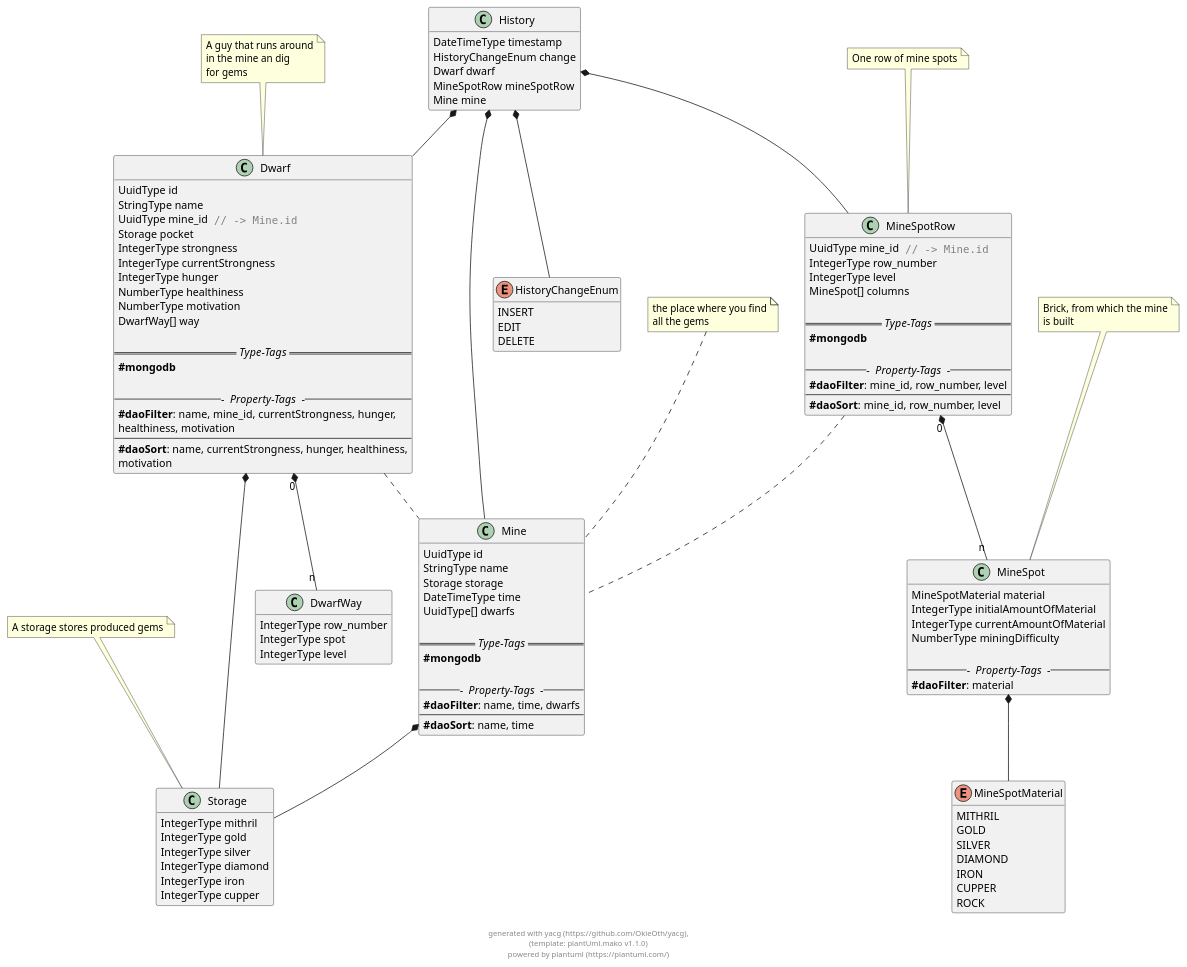
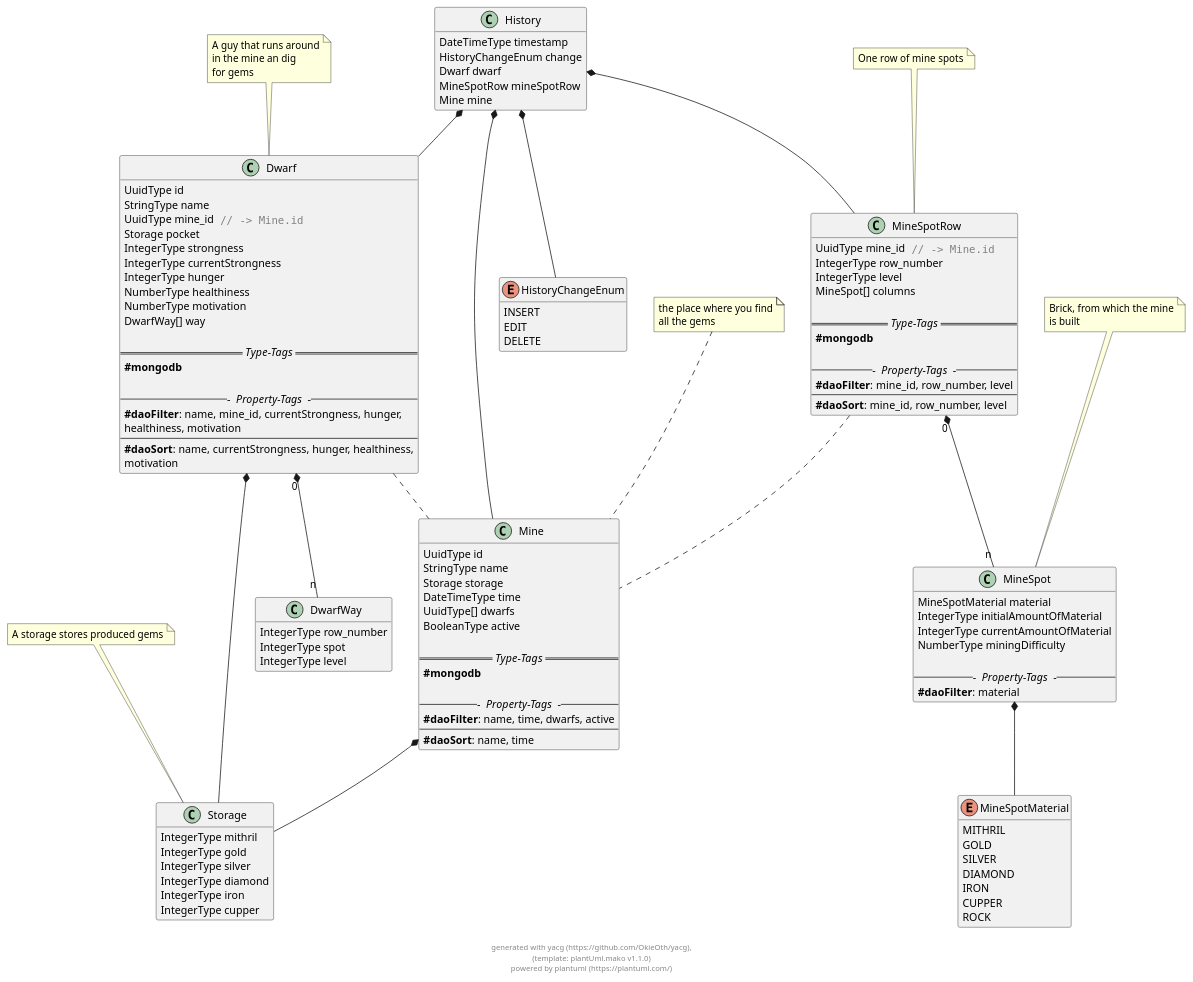
Before and after one commit to OkieOth/nibelheim_ts: the diagram in docs/generated/nibelheim.puml, drawn with PlantUML. The commit also changed 23 other files, not shown here.

```diff
--- a/docs/generated/nibelheim.puml
+++ b/docs/generated/nibelheim.puml
@@ -2,195 +2,197 @@
 @startuml
 hide empty methods
 
 class Mine {
         UuidType id
         StringType name
         Storage storage
         DateTimeType time
         UuidType[] dwarfs
+        BooleanType active
 
         == // Type-Tags // ==
         **#mongodb**
         
         --- // Property-Tags // ---
-        **#daoFilter**: name, time, dwarfs
+        **#daoFilter**: name, time, dwarfs, active
         --
         **#daoSort**: name, time
 }
 
 note top: the place where you find\nall the gems
 
 class Storage {
         IntegerType mithril
         IntegerType gold
         IntegerType silver
         IntegerType diamond
         IntegerType iron
         IntegerType cupper
         
 }
 
 note top: A storage stores produced gems
 
 enum MineSpotMaterial {
     MITHRIL
     GOLD
     SILVER
     DIAMOND
     IRON
     CUPPER
     ROCK
 }
 
 
 class MineSpot {
         MineSpotMaterial material
         IntegerType initialAmountOfMaterial
         IntegerType currentAmountOfMaterial
         NumberType miningDifficulty
         
         --- // Property-Tags // ---
         **#daoFilter**: material
 }
 
 note top: Brick, from which the mine\nis built
 
 class MineSpotRow {
         UuidType mine_id<color:grey>"" // -> Mine.id""</color>
         IntegerType row_number
         IntegerType level
         MineSpot[] columns
 
         == // Type-Tags // ==
         **#mongodb**
         
         --- // Property-Tags // ---
         **#daoFilter**: mine_id, row_number, level
         --
         **#daoSort**: mine_id, row_number, level
 }
 
 note top: One row of mine spots
 
 class Dwarf {
         UuidType id
         StringType name
         UuidType mine_id<color:grey>"" // -> Mine.id""</color>
         Storage pocket
         IntegerType strongness
         IntegerType currentStrongness
         IntegerType hunger
         NumberType healthiness
         NumberType motivation
         DwarfWay[] way
 
         == // Type-Tags // ==
         **#mongodb**
         
         --- // Property-Tags // ---
         **#daoFilter**: name, mine_id, currentStrongness, hunger, 
 healthiness, motivation
         --
         **#daoSort**: name, currentStrongness, hunger, healthiness, 
 motivation
 }
 
 note top: A guy that runs around\nin the mine an dig\nfor gems
 
 class DwarfWay {
         IntegerType row_number
         IntegerType spot
         IntegerType level
         
 }
 
 
 class History {
         DateTimeType timestamp
         HistoryChangeEnum change
         Dwarf dwarf
         MineSpotRow mineSpotRow
         Mine mine
         
 }
 
 
 enum HistoryChangeEnum {
     INSERT
     EDIT
     DELETE
 }
 
 
 
     
 
 
 Mine  *--  Storage
             
 
 
 
+
     
 
 
 
 
 
 
     
     
 MineSpot  *--  MineSpotMaterial
             
 
 
 
 
     
 
 MineSpotRow .. Mine
             
 
 
 MineSpotRow "0" *-- "n" MineSpot
             
 
     
 
 
 
 Dwarf .. Mine
             
 Dwarf  *--  Storage
             
 
 
 
 
 
 
 Dwarf "0" *-- "n" DwarfWay
             
 
     
 
 
 
     
 
 History  *--  HistoryChangeEnum
             
 
 History  *--  Dwarf
             
 
 History  *--  MineSpotRow
             
 
 History  *--  Mine
             
 
     
 
 footer \ngenerated with yacg (https://github.com/OkieOth/yacg),\n(template: plantUml.mako v1.1.0)\npowered by plantuml (https://plantuml.com/)
 @enduml
```
